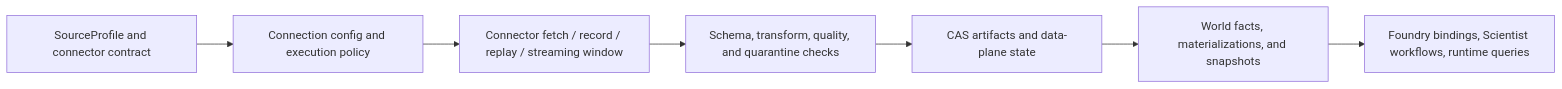
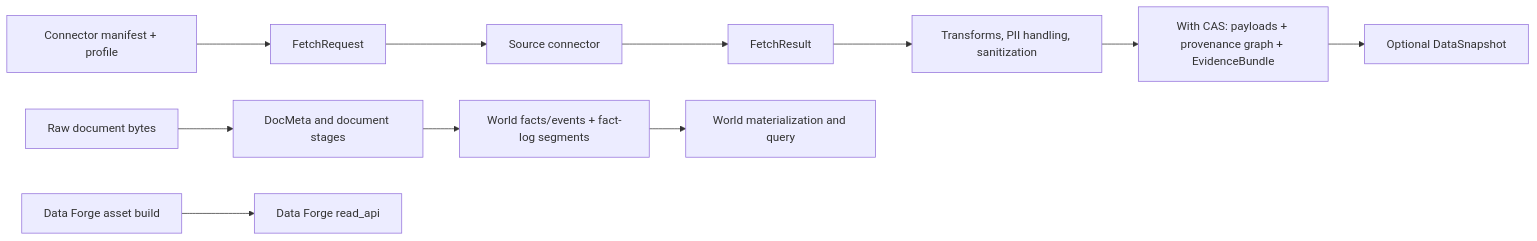
One commit to DenisKopylov/polisyos changed the diagram in policy-engine/docs/explanation/data-fabric.md. Above: the diagram before and after it, drawn with Mermaid. The commit also changed other lines of this file and 86 other files, not shown here.

````diff
--- a/policy-engine/docs/explanation/data-fabric.md
+++ b/policy-engine/docs/explanation/data-fabric.md
@@ -14,9 +39,15 @@
 ```mermaid
 flowchart LR
-    Profile["SourceProfile and connector contract"] --> Resolve["Connection config and execution policy"]
-    Resolve --> Fetch["Connector fetch / record / replay / streaming window"]
-    Fetch --> Validate["Schema, transform, quality, and quarantine checks"]
-    Validate --> Persist["CAS artifacts and data-plane state"]
-    Persist --> World["World facts, materializations, and snapshots"]
-    World --> Downstream["Foundry bindings, Scientist workflows, runtime queries"]
+    Manifest["Connector manifest + profile"] --> Request["FetchRequest"]
+    Request --> Connector["Source connector"]
+    Connector --> Result["FetchResult"]
+    Result --> Process["Transforms, PII handling, sanitization"]
+    Process --> CAS["With CAS: payloads + provenance graph + EvidenceBundle"]
+    CAS --> Snapshot["Optional DataSnapshot"]
+
+    Bytes["Raw document bytes"] --> Doc["DocMeta and document stages"]
+    Doc --> Facts["World facts/events + fact-log segments"]
+    Facts --> Materialize["World materialization and query"]
+
+    Assets["Data Forge asset build"] --> ReadAPI["Data Forge read_api"]
 ```
````
